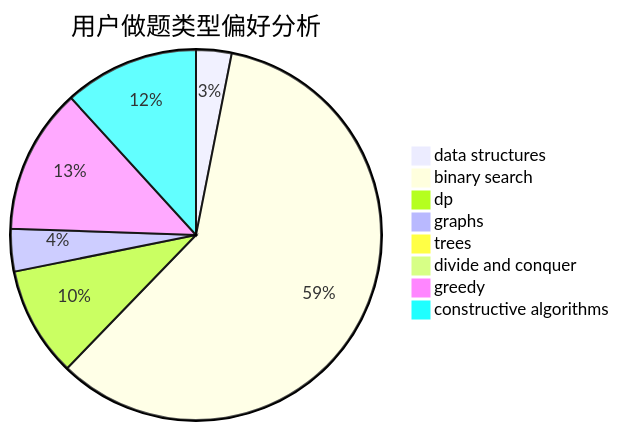
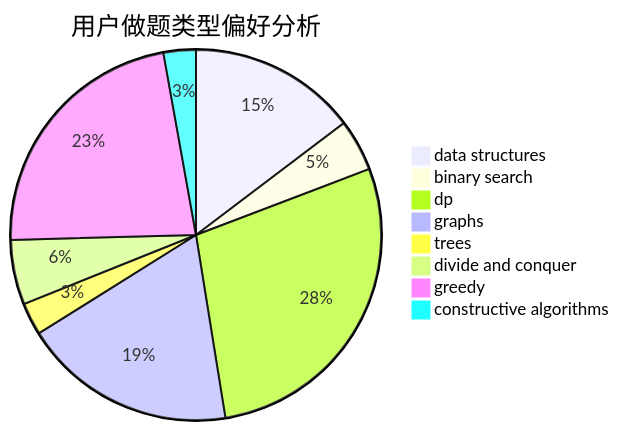
One commit to sherpahu/cfrs.github.io changed the second of 3 diagrams in docs/user/u1744.md. Above: the diagram before and after it, drawn with Mermaid. The commit also changed other lines of this file and 2770 other files, not shown here.

````diff
--- a/docs/user/u1744.md
+++ b/docs/user/u1744.md
@@ -23,11 +23,11 @@
 ```mermaid
 pie title 用户做题类型偏好分析
-    "data structures" :  10
-    "binary search" :  191
-    "dp" :  31
-    "graphs" :  12
-    "trees" :  3
-    "divide and conquer" :  0
-    "greedy" :  41
-    "constructive algorithms" :  38
+    "data structures" :  26
+    "binary search" :  8
+    "dp" :  50
+    "graphs" :  33
+    "trees" :  5
+    "divide and conquer" :  10
+    "greedy" :  40
+    "constructive algorithms" :  5
 ```
````
